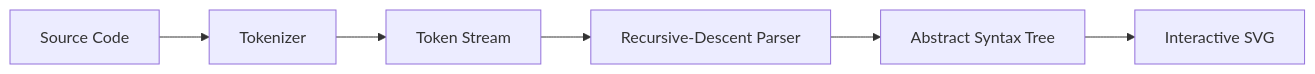
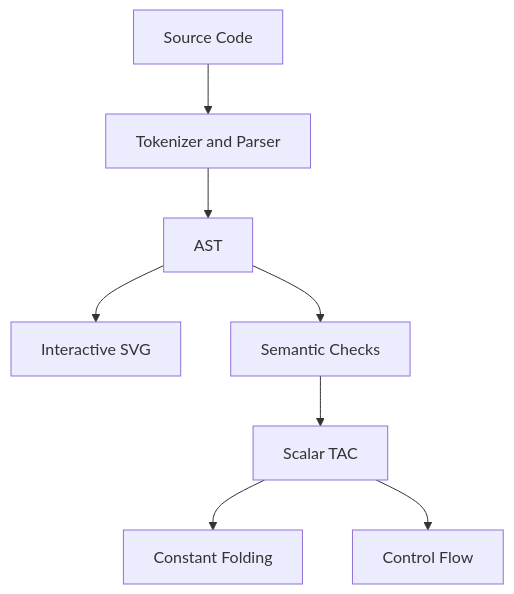
Before and after one commit to vivekkr-data/syntax_Tree_Visualizer: the diagram in README.md, drawn with Mermaid. The commit also changed other lines of this file and 10 other files, not shown here.

Commit message:
Extend visualizer with semantic analysis, scalar TAC, optimization and control flow

````diff
--- a/README.md
+++ b/README.md
@@ -32,8 +49,10 @@
 ```mermaid
-flowchart LR
-    A[Source Code] --> B[Tokenizer]
-    B --> C[Token Stream]
-    C --> D[Recursive-Descent Parser]
-    D --> E[Abstract Syntax Tree]
-    E --> F[Interactive SVG]
+flowchart TD
+    A[Source Code] --> B[Tokenizer and Parser]
+    B --> C[AST]
+    C --> D[Interactive SVG]
+    C --> E[Semantic Checks]
+    E --> F[Scalar TAC]
+    F --> G[Constant Folding]
+    F --> H[Control Flow]
 ```
````
